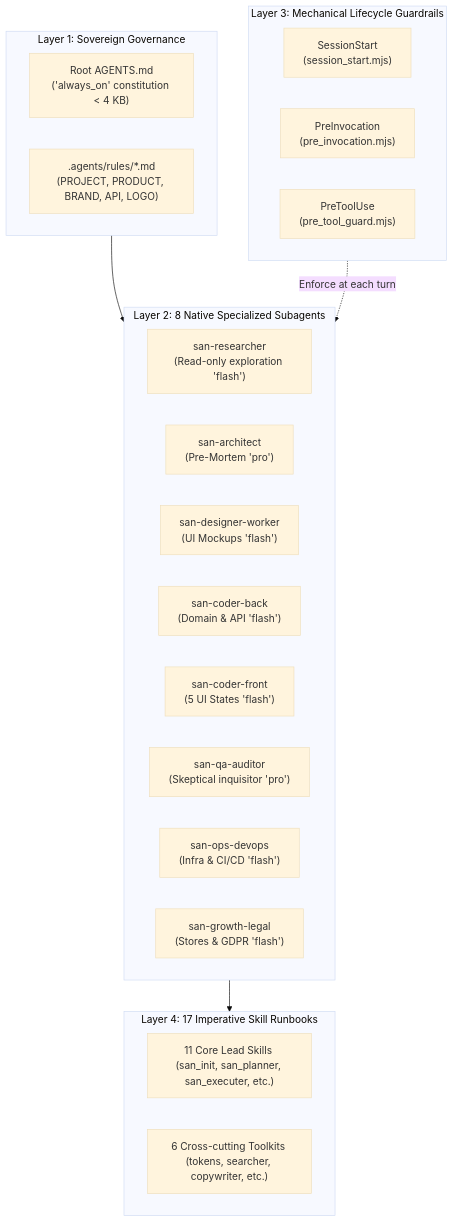
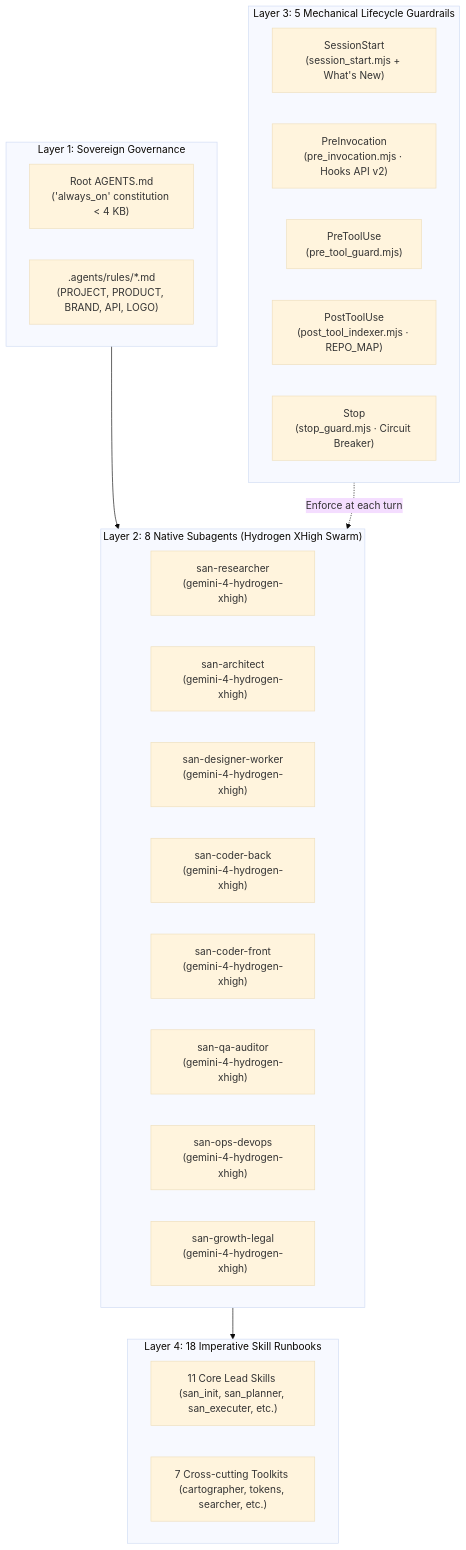
The first of 2 diagrams in README.en.md (alexsan-dev/san_agy_framework), drawn with Mermaid (base theme) before and after one commit. The commit also changed other lines of this file and 53 other files, not shown here.

````diff
--- a/README.en.md
+++ b/README.en.md
@@ -34,33 +35,35 @@
 ```mermaid
 flowchart TD
     subgraph L1["Layer 1: Sovereign Governance"]
         C1A["Root AGENTS.md<br/>('always_on' constitution < 4 KB)"]
         C1B[".agents/rules/*.md<br/>(PROJECT, PRODUCT, BRAND, API, LOGO)"]
     end
 
-    subgraph L2["Layer 2: 8 Native Specialized Subagents"]
-        C2A["san-researcher<br/>(Read-only exploration 'flash')"]
-        C2B["san-architect<br/>(Pre-Mortem 'pro')"]
-        C2C["san-designer-worker<br/>(UI Mockups 'flash')"]
-        C2D["san-coder-back<br/>(Domain & API 'flash')"]
-        C2E["san-coder-front<br/>(5 UI States 'flash')"]
-        C2F["san-qa-auditor<br/>(Skeptical inquisitor 'pro')"]
-        C2G["san-ops-devops<br/>(Infra & CI/CD 'flash')"]
-        C2H["san-growth-legal<br/>(Stores & GDPR 'flash')"]
+    subgraph L2["Layer 2: 8 Native Subagents (Hydrogen XHigh Swarm)"]
+        C2A["san-researcher<br/>(gemini-4-hydrogen-xhigh)"]
+        C2B["san-architect<br/>(gemini-4-hydrogen-xhigh)"]
+        C2C["san-designer-worker<br/>(gemini-4-hydrogen-xhigh)"]
+        C2D["san-coder-back<br/>(gemini-4-hydrogen-xhigh)"]
+        C2E["san-coder-front<br/>(gemini-4-hydrogen-xhigh)"]
+        C2F["san-qa-auditor<br/>(gemini-4-hydrogen-xhigh)"]
+        C2G["san-ops-devops<br/>(gemini-4-hydrogen-xhigh)"]
+        C2H["san-growth-legal<br/>(gemini-4-hydrogen-xhigh)"]
     end
 
-    subgraph L3["Layer 3: Mechanical Lifecycle Guardrails"]
-        C3A["SessionStart<br/>(session_start.mjs)"]
-        C3B["PreInvocation<br/>(pre_invocation.mjs)"]
+    subgraph L3["Layer 3: 5 Mechanical Lifecycle Guardrails"]
+        C3A["SessionStart<br/>(session_start.mjs + What's New)"]
+        C3B["PreInvocation<br/>(pre_invocation.mjs · Hooks API v2)"]
         C3C["PreToolUse<br/>(pre_tool_guard.mjs)"]
+        C3D["PostToolUse<br/>(post_tool_indexer.mjs · REPO_MAP)"]
+        C3E["Stop<br/>(stop_guard.mjs · Circuit Breaker)"]
     end
 
-    subgraph L4["Layer 4: 17 Imperative Skill Runbooks"]
+    subgraph L4["Layer 4: 18 Imperative Skill Runbooks"]
         C4A["11 Core Lead Skills (san_init, san_planner, san_executer, etc.)"]
-        C4B["6 Cross-cutting Toolkits (tokens, searcher, copywriter, etc.)"]
+        C4B["7 Cross-cutting Toolkits (cartographer, tokens, searcher, etc.)"]
     end
 
     L1 --> L2
     L3 -.->|Enforce at each turn| L2
     L2 --> L4
 ```
````
